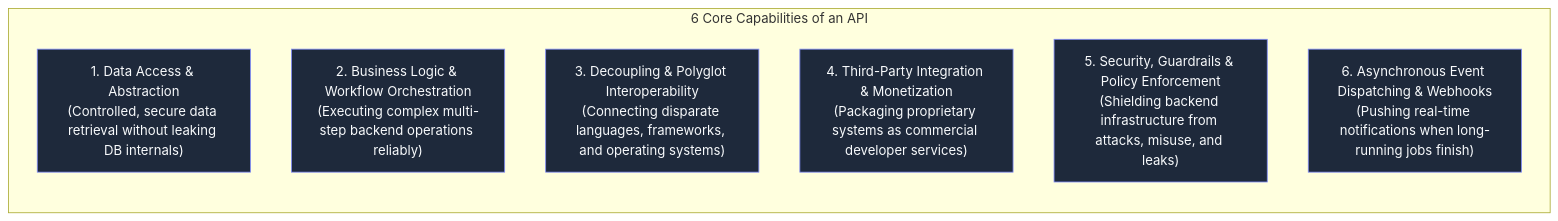
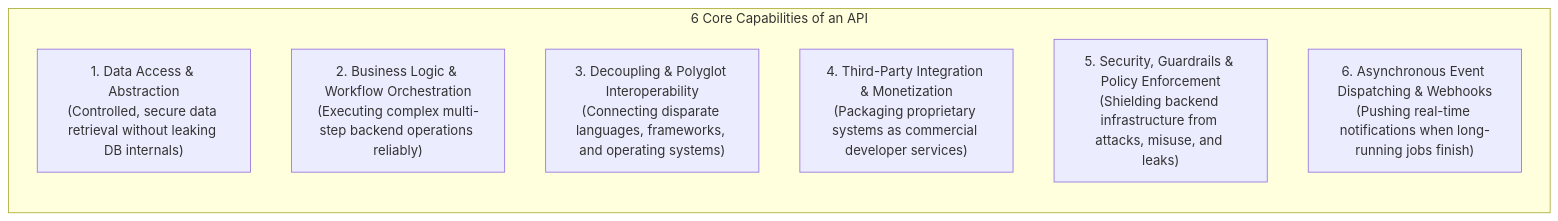
Before and after one commit to AkmKawser/System-Design: the second of 50 diagrams in topics/0.FUNDAMENTALS/API Architecture and Design/output/Note_version-1_API_Architecture_and_Design/API_Architecture_and_Design.md, drawn with Mermaid. The commit also changed other lines of this file and 6 other files, not shown here.

Commit message:
fix(diagrams): remove dark fills and rects to ensure full visibility on GitHub light theme

````diff
--- a/topics/0.FUNDAMENTALS/API Architecture and Design/output/Note_version-1_API_Architecture_and_Design/API_Architecture_and_Design.md
+++ b/topics/0.FUNDAMENTALS/API Architecture and Design/output/Note_version-1_API_Architecture_and_Design/API_Architecture_and_Design.md
@@ -154,15 +146,12 @@
 ```mermaid
 flowchart TD
     subgraph Capabilities["6 Core Capabilities of an API"]
         direction TB
         C1["1. Data Access & Abstraction\n(Controlled, secure data retrieval without leaking DB internals)"]
         C2["2. Business Logic & Workflow Orchestration\n(Executing complex multi-step backend operations reliably)"]
         C3["3. Decoupling & Polyglot Interoperability\n(Connecting disparate languages, frameworks, and operating systems)"]
         C4["4. Third-Party Integration & Monetization\n(Packaging proprietary systems as commercial developer services)"]
         C5["5. Security, Guardrails & Policy Enforcement\n(Shielding backend infrastructure from attacks, misuse, and leaks)"]
         C6["6. Asynchronous Event Dispatching & Webhooks\n(Pushing real-time notifications when long-running jobs finish)"]
     end
-
-    classDef cap fill:#1e293b,stroke:#818cf8,stroke-width:1px,color:#f8fafc;
-    class C1,C2,C3,C4,C5,C6 cap;
 ```
````
